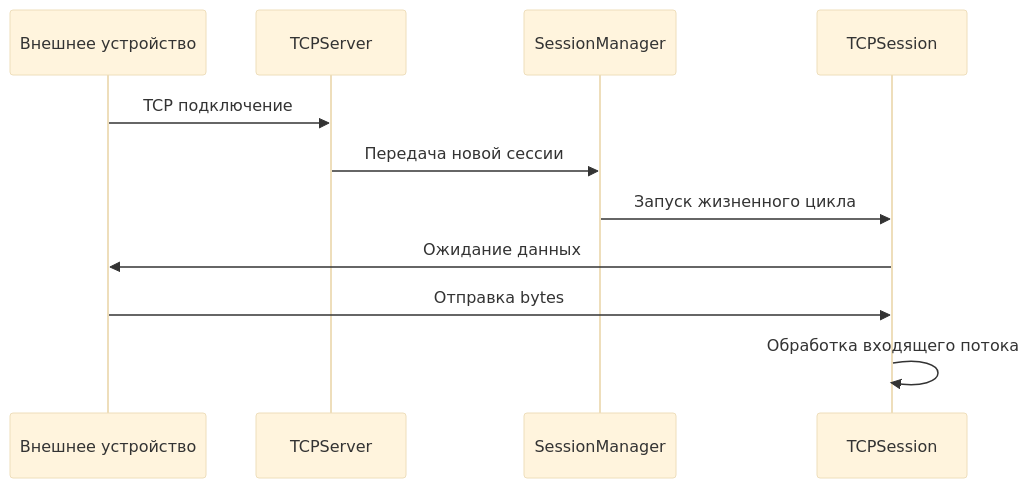
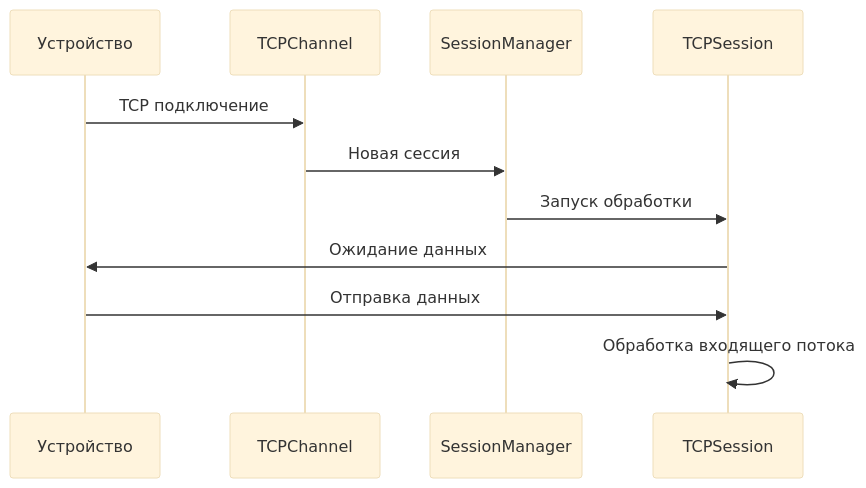
Before and after one commit to SameUsers/HappyLaba: the second of 3 diagrams in docs/v0.0.2/tcp-server.md, drawn with Mermaid (base theme). The commit also changed other lines of this file and 3 other files, not shown here.

````diff
--- a/docs/v0.0.2/tcp-server.md
+++ b/docs/v0.0.2/tcp-server.md
@@ -110,20 +138,20 @@
-```mermaid
+``` mermaid
 sequenceDiagram
 
-    participant Device as Внешнее устройство
-    participant Server as TCPServer
+    participant Device as Устройство
+    participant Channel as TCPChannel
     participant Manager as SessionManager
     participant Session as TCPSession
 
-    Device->>Server: TCP подключение
+    Device->>Channel: TCP подключение
 
-    Server->>Manager: Передача новой сессии
+    Channel->>Manager: Новая сессия
 
-    Manager->>Session: Запуск жизненного цикла
+    Manager->>Session: Запуск обработки
 
     Session->>Device: Ожидание данных
 
-    Device->>Session: Отправка bytes
+    Device->>Session: Отправка данных
 
     Session->>Session: Обработка входящего потока
 ```
````
